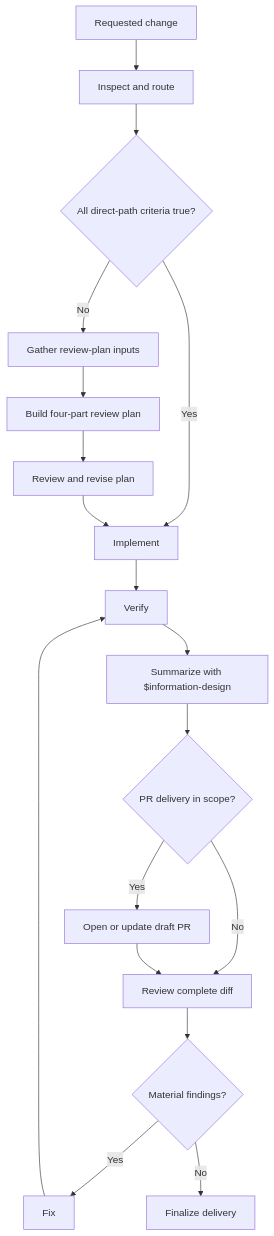
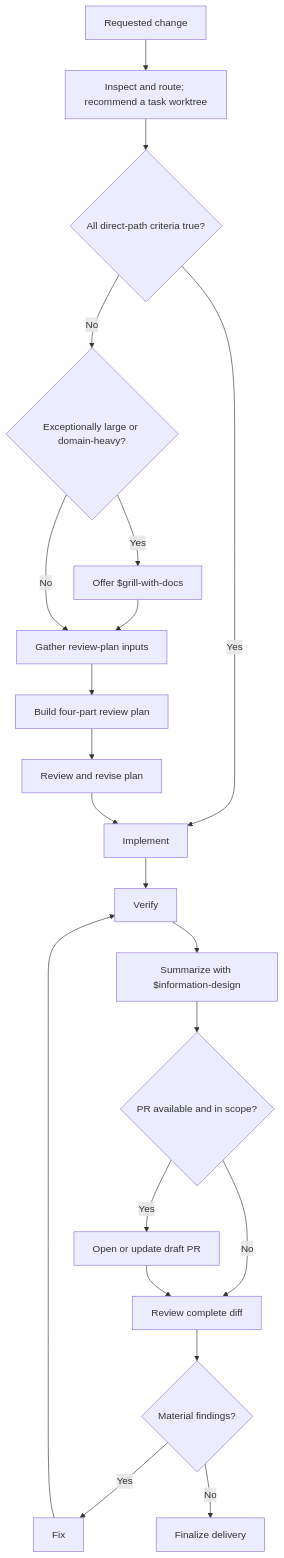
Before and after one commit to zhdanovme/skills: the diagram in dev-task/SKILL.md, drawn with Mermaid. The commit also changed other lines of this file and 1 other file, not shown here.

First line of the commit message:
Recommend task worktrees, PR delivery, and grill-with-docs in dev-task

````diff
--- a/dev-task/SKILL.md
+++ b/dev-task/SKILL.md
@@ -16,20 +16,23 @@
 ```mermaid
 flowchart TD
-    A["Requested change"] --> B["Inspect and route"]
+    A["Requested change"] --> B["Inspect and route; recommend a task worktree"]
     B --> C{"All direct-path criteria true?"}
     C -->|Yes| D["Implement"]
-    C -->|No| E["Gather review-plan inputs"]
+    C -->|No| Q{"Exceptionally large or domain-heavy?"}
+    Q -->|Yes| R["Offer $grill-with-docs"]
+    R --> E["Gather review-plan inputs"]
+    Q -->|No| E
     E --> F["Build four-part review plan"]
     F --> G["Review and revise plan"]
     G --> D
     D --> H["Verify"]
     H --> I["Summarize with $information-design"]
-    I --> J{"PR delivery in scope?"}
+    I --> J{"PR available and in scope?"}
     J -->|Yes| K["Open or update draft PR"]
     J -->|No| L["Review complete diff"]
     K --> L
     L --> M{"Material findings?"}
     M -->|Yes| N["Fix"]
     N --> H
     M -->|No| O["Finalize delivery"]
 ```
````
